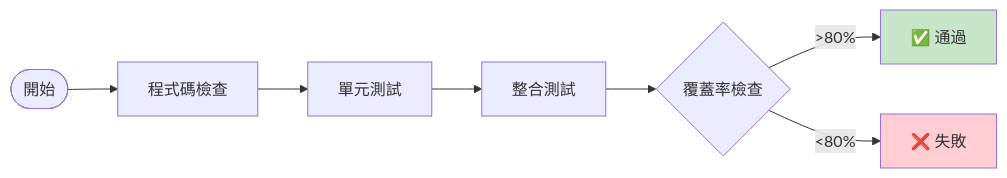
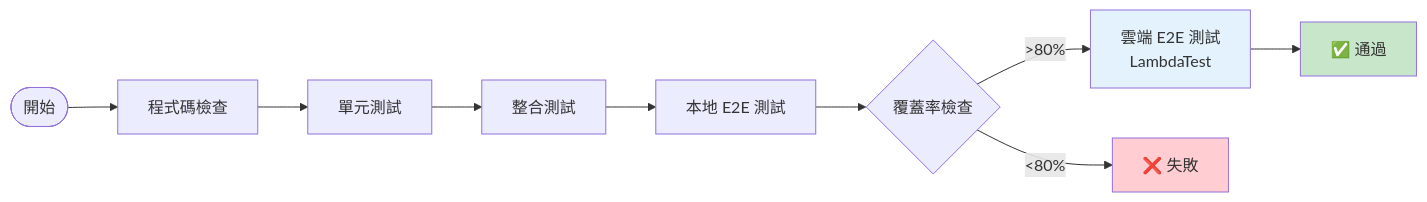
Before and after one commit to tboydar/service-booking-api: diagram 12 of 22 in README.md, drawn with Mermaid. The commit also changed other lines of this file and 16 other files, not shown here.

Commit message:
Implement E2E testing with LambdaTest cloud integration

````diff
--- a/README.md
+++ b/README.md
@@ -715,12 +715,15 @@
 ```mermaid
 flowchart LR
     Start([開始]) --> Lint[程式碼檢查]
     Lint --> Unit[單元測試]
     Unit --> Integration[整合測試]
-    Integration --> Coverage{覆蓋率檢查}
-    Coverage -->|>80%| Pass[✅ 通過]
+    Integration --> E2E_Local[本地 E2E 測試]
+    E2E_Local --> Coverage{覆蓋率檢查}
+    Coverage -->|>80%| E2E_Cloud[雲端 E2E 測試<br/>LambdaTest]
     Coverage -->|<80%| Fail[❌ 失敗]
+    E2E_Cloud --> Pass[✅ 通過]
 
     style Pass fill:#c8e6c9
     style Fail fill:#ffcdd2
+    style E2E_Cloud fill:#e3f2fd
 ```
````
